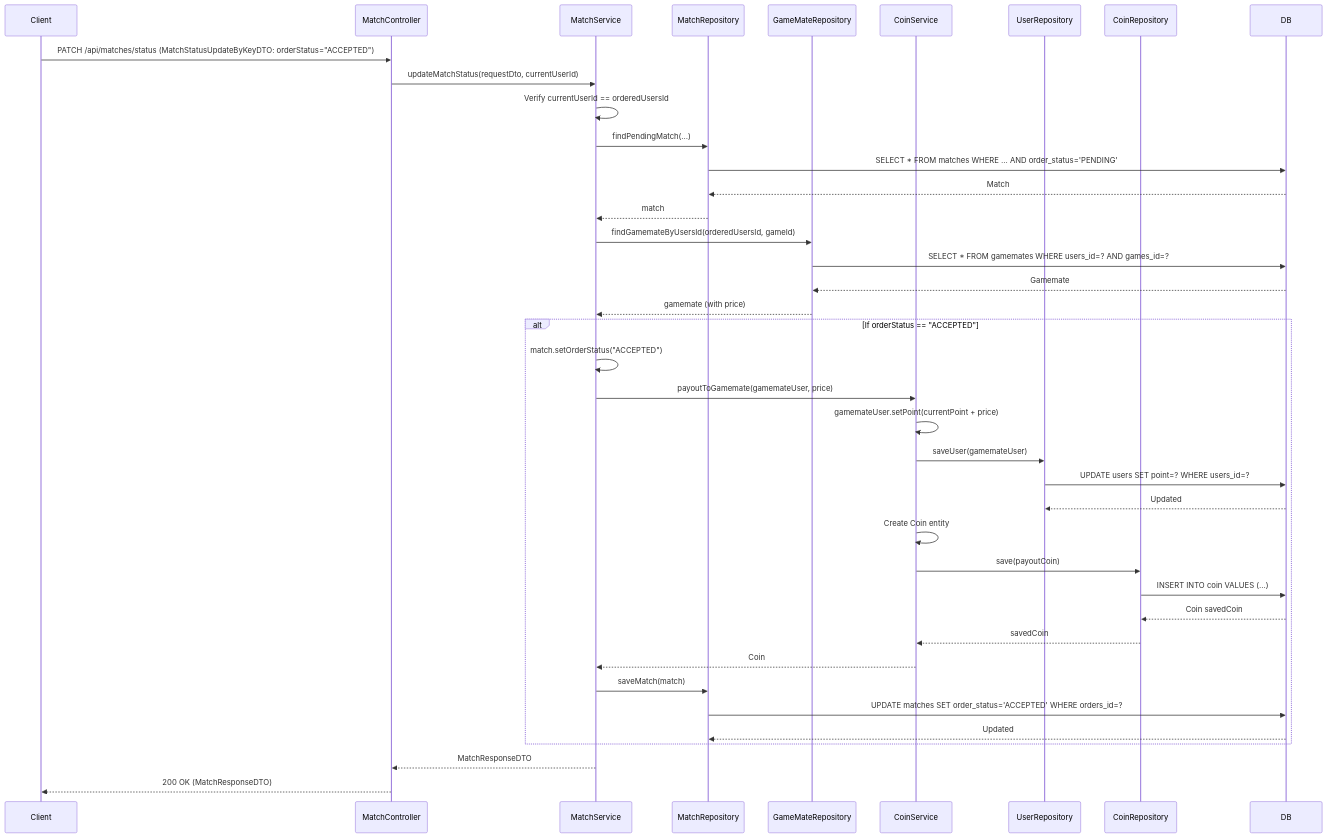
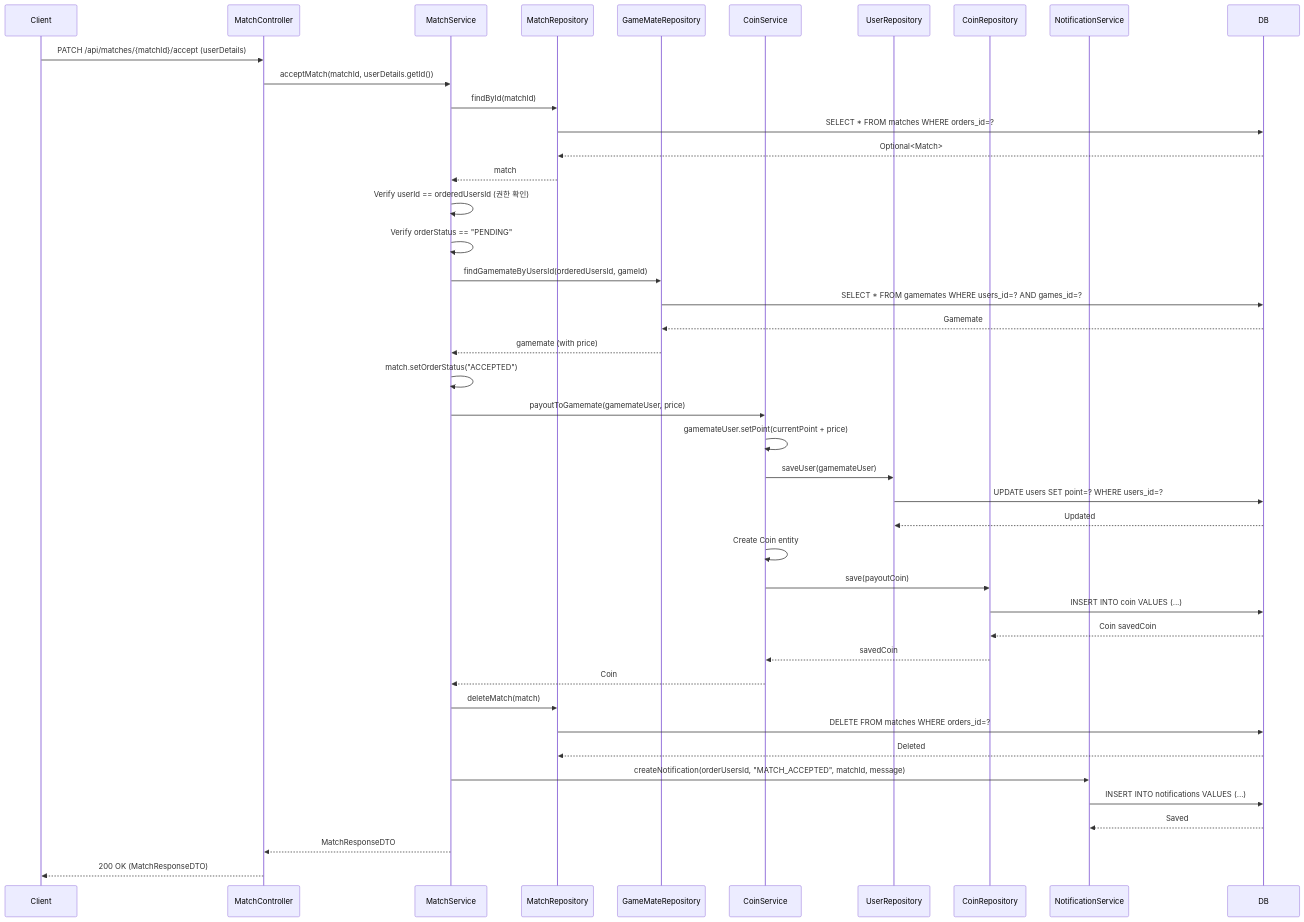
One commit to Wooong-E/game-s-cord changed the diagram in SDS/sequenceDiagram/coinSequenceDiagram/payoutToGamemateSequenceDiagram.md. Above: the diagram before and after it, drawn with Mermaid. The commit also changed other lines of this file and 14 other files, not shown here.

Commit message:
fix : Sequence Diagram 수정

````diff
--- a/SDS/sequenceDiagram/coinSequenceDiagram/payoutToGamemateSequenceDiagram.md
+++ b/SDS/sequenceDiagram/coinSequenceDiagram/payoutToGamemateSequenceDiagram.md
@@ -3,53 +3,57 @@
 ```mermaid
 sequenceDiagram
     participant Client
     participant MatchCtrl as MatchController
     participant MatchSvc as MatchService
     participant MatchRepo as MatchRepository
     participant GamemateRepo as GameMateRepository
     participant CoinSvc as CoinService
     participant UserRepo as UserRepository
     participant CoinRepo as CoinRepository
+    participant NotificationSvc as NotificationService
     participant DB
     
-    Client->>MatchCtrl: PATCH /api/matches/status (MatchStatusUpdateByKeyDTO: orderStatus="ACCEPTED")
-    MatchCtrl->>MatchSvc: updateMatchStatus(requestDto, currentUserId)
+    Client->>MatchCtrl: PATCH /api/matches/{matchId}/accept (userDetails)
+    MatchCtrl->>MatchSvc: acceptMatch(matchId, userDetails.getId())
     
-    MatchSvc->>MatchSvc: Verify currentUserId == orderedUsersId
+    MatchSvc->>MatchRepo: findById(matchId)
+    MatchRepo->>DB: SELECT * FROM matches WHERE orders_id=?
+    DB-->>MatchRepo: Optional<Match>
+    MatchRepo-->>MatchSvc: match
     
-    MatchSvc->>MatchRepo: findPendingMatch(...)
-    MatchRepo->>DB: SELECT * FROM matches WHERE ... AND order_status='PENDING'
-    DB-->>MatchRepo: Match
-    MatchRepo-->>MatchSvc: match
+    MatchSvc->>MatchSvc: Verify userId == orderedUsersId (권한 확인)
+    MatchSvc->>MatchSvc: Verify orderStatus == "PENDING"
     
     MatchSvc->>GamemateRepo: findGamemateByUsersId(orderedUsersId, gameId)
     GamemateRepo->>DB: SELECT * FROM gamemates WHERE users_id=? AND games_id=?
     DB-->>GamemateRepo: Gamemate
     GamemateRepo-->>MatchSvc: gamemate (with price)
     
-    alt If orderStatus == "ACCEPTED"
-        MatchSvc->>MatchSvc: match.setOrderStatus("ACCEPTED")
-        
-        MatchSvc->>CoinSvc: payoutToGamemate(gamemateUser, price)
-        
-        CoinSvc->>CoinSvc: gamemateUser.setPoint(currentPoint + price)
-        CoinSvc->>UserRepo: saveUser(gamemateUser)
-        UserRepo->>DB: UPDATE users SET point=? WHERE users_id=?
-        DB-->>UserRepo: Updated
-        
-        CoinSvc->>CoinSvc: Create Coin entity
-        
-        CoinSvc->>CoinRepo: save(payoutCoin)
-        CoinRepo->>DB: INSERT INTO coin VALUES (...)
-        DB-->>CoinRepo: Coin savedCoin
-        CoinRepo-->>CoinSvc: savedCoin
-        CoinSvc-->>MatchSvc: Coin
-        
-        MatchSvc->>MatchRepo: saveMatch(match)
-        MatchRepo->>DB: UPDATE matches SET order_status='ACCEPTED' WHERE orders_id=?
-        DB-->>MatchRepo: Updated
-    end
+    MatchSvc->>MatchSvc: match.setOrderStatus("ACCEPTED")
+    
+    MatchSvc->>CoinSvc: payoutToGamemate(gamemateUser, price)
+    
+    CoinSvc->>CoinSvc: gamemateUser.setPoint(currentPoint + price)
+    CoinSvc->>UserRepo: saveUser(gamemateUser)
+    UserRepo->>DB: UPDATE users SET point=? WHERE users_id=?
+    DB-->>UserRepo: Updated
+    
+    CoinSvc->>CoinSvc: Create Coin entity
+    
+    CoinSvc->>CoinRepo: save(payoutCoin)
+    CoinRepo->>DB: INSERT INTO coin VALUES (...)
+    DB-->>CoinRepo: Coin savedCoin
+    CoinRepo-->>CoinSvc: savedCoin
+    CoinSvc-->>MatchSvc: Coin
+    
+    MatchSvc->>MatchRepo: deleteMatch(match)
+    MatchRepo->>DB: DELETE FROM matches WHERE orders_id=?
+    DB-->>MatchRepo: Deleted
+    
+    MatchSvc->>NotificationSvc: createNotification(orderUsersId, "MATCH_ACCEPTED", matchId, message)
+    NotificationSvc->>DB: INSERT INTO notifications VALUES (...)
+    DB-->>NotificationSvc: Saved
     
     MatchSvc-->>MatchCtrl: MatchResponseDTO
     MatchCtrl-->>Client: 200 OK (MatchResponseDTO)
 ```
````
